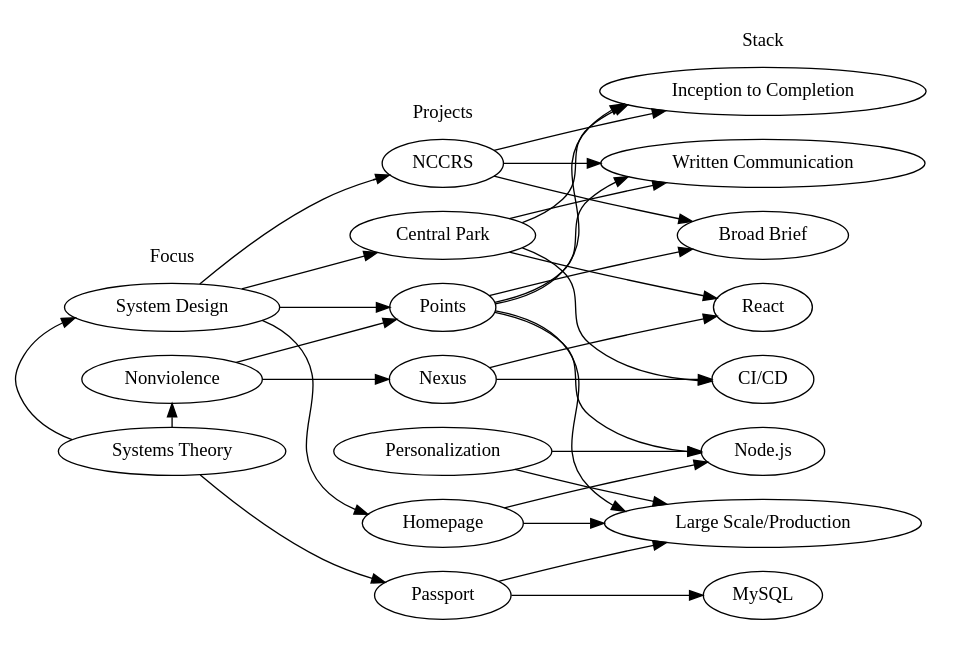
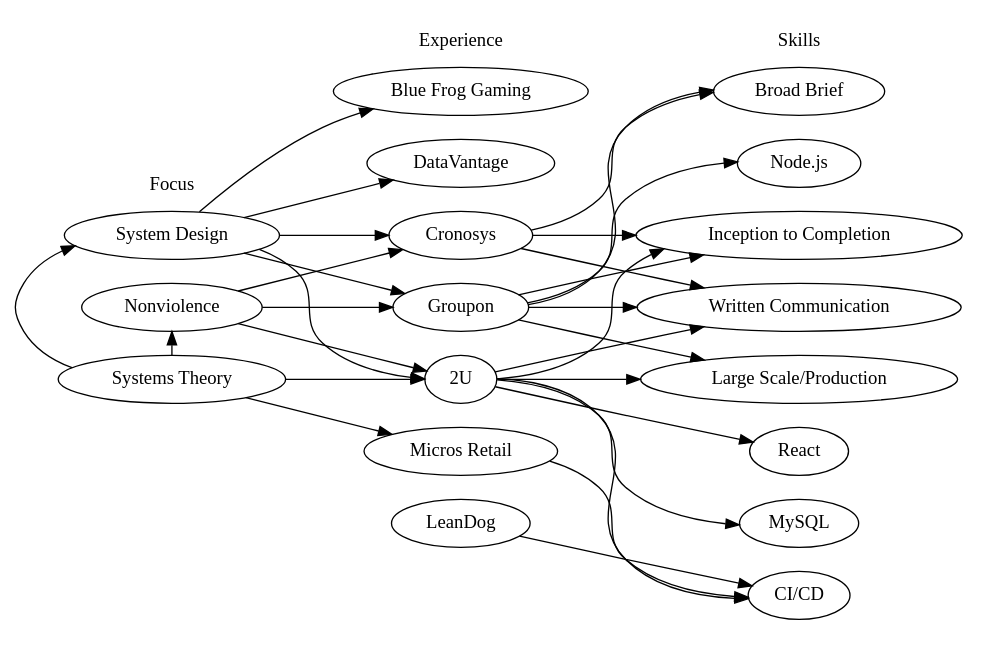
Before and after one commit to eraserhd/resume: the diagram in stack_graph.dot, drawn with Graphviz. The commit also changed 4 other files, not shown here.

```diff
--- a/stack_graph.dot
+++ b/stack_graph.dot
@@ -1,81 +1,80 @@
 digraph resume {
   rankdir=LR;
   node [shape=ellipse];
   
   subgraph cluster_focus {
     label="Focus"
     rank=same
     peripheries=0
     "System Design"
     "Nonviolence"
     "Systems Theory"
     {
       rank=same
       "System Design"
       "Nonviolence"
       "Systems Theory"
     }
   }
 
   "Systems Theory" -> "Nonviolence"
   "Systems Theory" -> "System Design"
 
   subgraph cluster_projects {
-    label="Projects";
+    label="Experience"
     peripheries=0;
-    "NCCRS";
-    "Central Park";
-    "Points";
-    "Nexus";
-    "Homepage";
-    "Personalization";
-    "Passport";
 
+    "2U"
+    "Groupon"
+    "LeanDog"
+    "Blue Frog Gaming"
+    "Micros Retail"
+    "Cronosys"
+    "DataVantage"
   }
 
   subgraph cluster_stack {
-    label="Stack";
+    label="Skills";
     rank=same;
     peripheries=0;
     "Written Communication";
     "Broad Brief";
     "Inception to Completion";
     "CI/CD";
     "React";
     "Node.js";
     "Large Scale/Production";
     "MySQL";
   }
 
   // Connect Focus to Projects
-  "System Design" -> "NCCRS"
-  "System Design" -> "Central Park"
-  "System Design" -> "Points"
-  "System Design" -> "Homepage"
-  "Nonviolence" -> "Points"
-  "Nonviolence" -> "Nexus"
-  "Systems Theory" -> "Passport"
-  
+  "System Design" -> "Cronosys"
+  "System Design" -> "2U"
+  "System Design" -> "Groupon"
+  "System Design" -> "DataVantage"
+  "System Design" -> "Blue Frog Gaming"
+
+  "Nonviolence" -> "Groupon"
+  "Nonviolence" -> "2U"
+  "Nonviolence" -> "Cronosys"
+  "Systems Theory" -> "2U"
+  "Systems Theory" -> "Micros Retail"
+    
   // Connect Projects to Stack
-  "NCCRS" -> "Written Communication"
-  "NCCRS" -> "Broad Brief"
-  "NCCRS" -> "Inception to Completion"
-  "Central Park" -> "Written Communication"
-  "Central Park" -> "Inception to Completion"
-  "Central Park" -> "React"
-  "Central Park" -> "CI/CD"
-  "Points" -> "Written Communication"
-  "Points" -> "Inception to Completion"
-  "Points" -> "Broad Brief"
-  "Points" -> "Node.js"
-  "Points" -> "Large Scale/Production"
-  //"Nexus" -> "Written Communication"
-  "Nexus" -> "React"
-  "Nexus" -> "CI/CD"
-  "Homepage" -> "Node.js"
-  "Homepage" -> "Large Scale/Production"
-  "Personalization" -> "Large Scale/Production"
-  "Personalization" -> "Node.js"
-  "Passport" -> "Large Scale/Production"
-  "Passport" -> "MySQL"
+  "Cronosys" -> "Written Communication"
+  "Cronosys" -> "Broad Brief"
+  "Cronosys" -> "Inception to Completion"
+  "2U" -> "Written Communication"
+  "2U" -> "Inception to Completion"
+  "2U" -> "React"
+  "2U" -> "CI/CD"
+  "LeanDog" -> "CI/CD"
+  "Micros Retail" -> "CI/CD"
+  "Groupon" -> "Written Communication"
+  "Groupon" -> "Inception to Completion"
+  "Groupon" -> "Broad Brief"
+  "Groupon" -> "Node.js"
+  "Groupon" -> "Large Scale/Production"
+  "2U" -> "Large Scale/Production"
+  "2U" -> "MySQL"
 }
```
